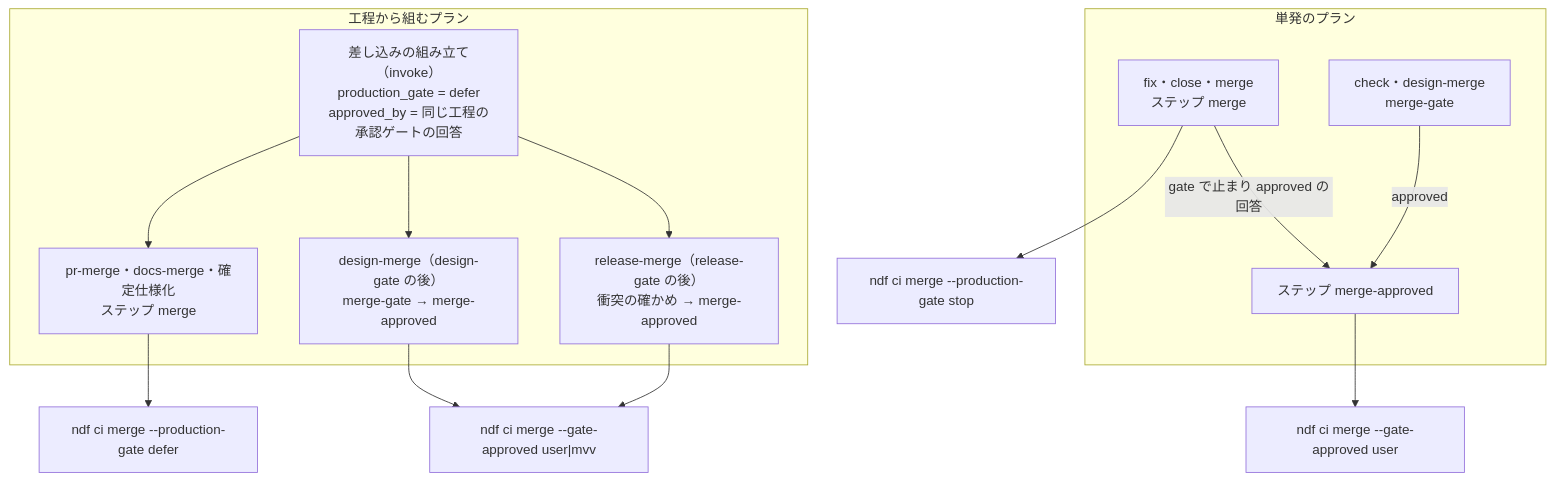
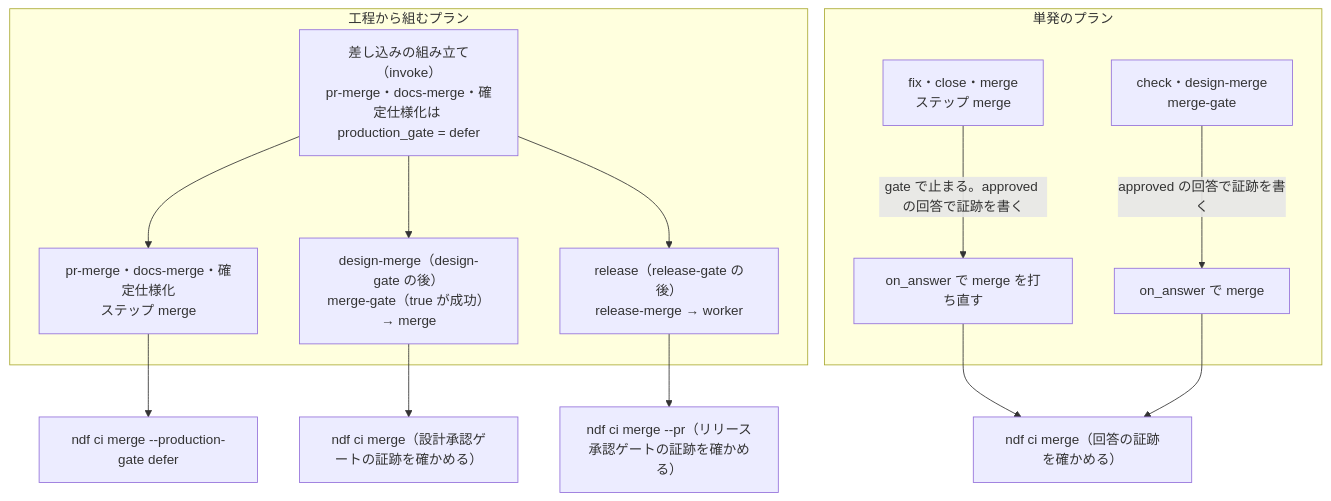
The third of 4 diagrams in issues/issue-4409-design.md (devbasex/ai-plugins), drawn with Mermaid before and after one commit. The commit also changed other lines of this file and 1 other file, not shown here.

````diff
--- a/issues/issue-4409-design.md
+++ b/issues/issue-4409-design.md
@@ -133,18 +142,18 @@
 ```mermaid
 graph TD
     subgraph 工程から組むプラン
-        IV["差し込みの組み立て（invoke）<br/>production_gate = defer<br/>approved_by = 同じ工程の承認ゲートの回答"]
+        IV["差し込みの組み立て（invoke）<br/>pr-merge・docs-merge・確定仕様化は production_gate = defer"]
         IV --> S1["pr-merge・docs-merge・確定仕様化<br/>ステップ merge"]
-        IV --> S2["design-merge（design-gate の後）<br/>merge-gate → merge-approved"]
-        IV --> S3["release-merge（release-gate の後）<br/>衝突の確かめ → merge-approved"]
+        IV --> S2["design-merge（design-gate の後）<br/>merge-gate（true が成功）→ merge"]
+        IV --> S3["release（release-gate の後）<br/>release-merge → worker"]
     end
     subgraph 単発のプラン
-        U1["fix・close・merge<br/>ステップ merge"] -->|gate で止まり approved の回答| U2[ステップ merge-approved]
-        U3["check・design-merge<br/>merge-gate"] -->|approved| U2
+        U1["fix・close・merge<br/>ステップ merge"] -->|gate で止まる。approved の回答で証跡を書く| U1b[on_answer で merge を打ち直す]
+        U3["check・design-merge<br/>merge-gate"] -->|approved の回答で証跡を書く| U3b[on_answer で merge]
     end
     S1 --> CM1["ndf ci merge --production-gate defer"]
-    S2 --> CM2["ndf ci merge --gate-approved user|mvv"]
-    S3 --> CM2
-    U1 --> CM3["ndf ci merge --production-gate stop"]
-    U2 --> CM4["ndf ci merge --gate-approved user"]
+    S2 --> CM2["ndf ci merge（設計承認ゲートの証跡を確かめる）"]
+    S3 --> CM3["ndf ci merge --pr（リリース承認ゲートの証跡を確かめる）"]
+    U1b --> CM4["ndf ci merge（回答の証跡を確かめる）"]
+    U3b --> CM4
 ```
````
